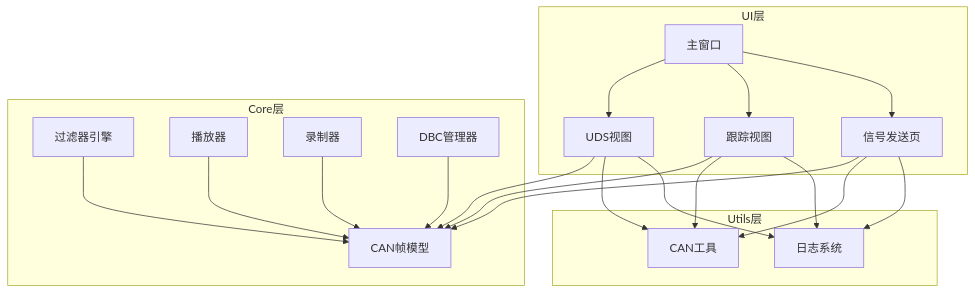
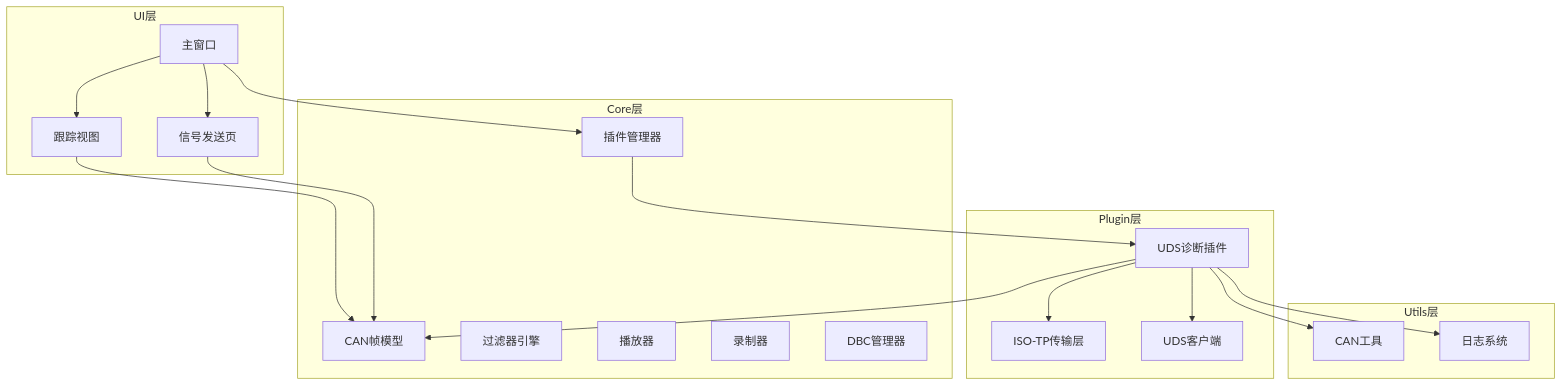
Before and after one commit to jakecai1225-design/OpenBus: the first of 5 diagrams in .qoder/repowiki/zh/content/核心模块详解/UDS诊断接口.md, drawn with Mermaid. The commit also changed other lines of this file and 57 other files, not shown here.

````diff
--- a/.qoder/repowiki/zh/content/核心模块详解/UDS诊断接口.md
+++ b/.qoder/repowiki/zh/content/核心模块详解/UDS诊断接口.md
@@ -39,36 +47,36 @@
 ```mermaid
 graph TB
 subgraph "UI层"
 MainWindow["主窗口"]
-UDSView["UDS视图"]
 TraceView["跟踪视图"]
 SignalSendTab["信号发送页"]
 end
 subgraph "Core层"
 CANFrame["CAN帧模型"]
 FilterEngine["过滤器引擎"]
 Player["播放器"]
 Recorder["录制器"]
 DBCManager["DBC管理器"]
+PluginManager["插件管理器"]
+end
+subgraph "Plugin层"
+UDSPlugin["UDS诊断插件"]
+IsotpLayer["ISO-TP传输层"]
+UdsClient["UDS客户端"]
 end
 subgraph "Utils层"
 CANUtils["CAN工具"]
 Logging["日志系统"]
 end
-MainWindow --> UDSView
 MainWindow --> TraceView
 MainWindow --> SignalSendTab
-UDSView --> CANFrame
+MainWindow --> PluginManager
+PluginManager --> UDSPlugin
+UDSPlugin --> IsotpLayer
+UDSPlugin --> UdsClient
 TraceView --> CANFrame
 SignalSendTab --> CANFrame
-UDSView --> CANUtils
-TraceView --> CANUtils
-SignalSendTab --> CANUtils
-UDSView --> Logging
-TraceView --> Logging
-SignalSendTab --> Logging
-FilterEngine --> CANFrame
-Player --> CANFrame
-Recorder --> CANFrame
-DBCManager --> CANFrame
+UDSPlugin --> CANFrame
+UDSPlugin --> CANUtils
+UDSPlugin --> Logging
 ```
````
